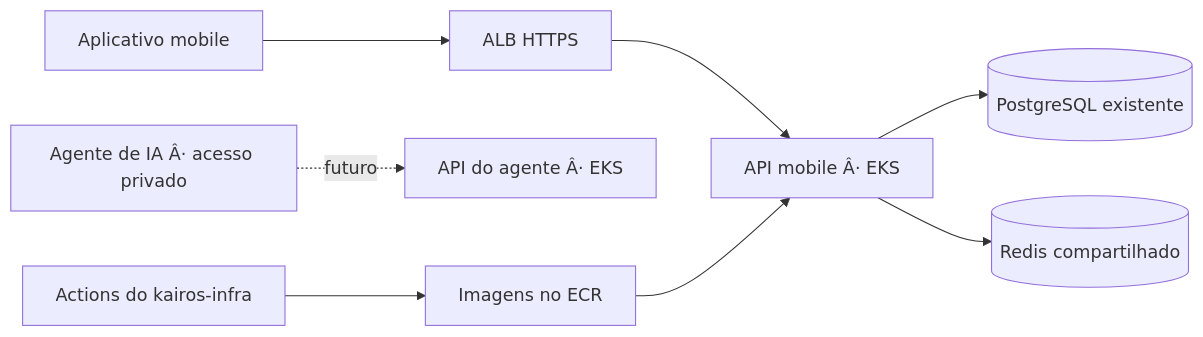
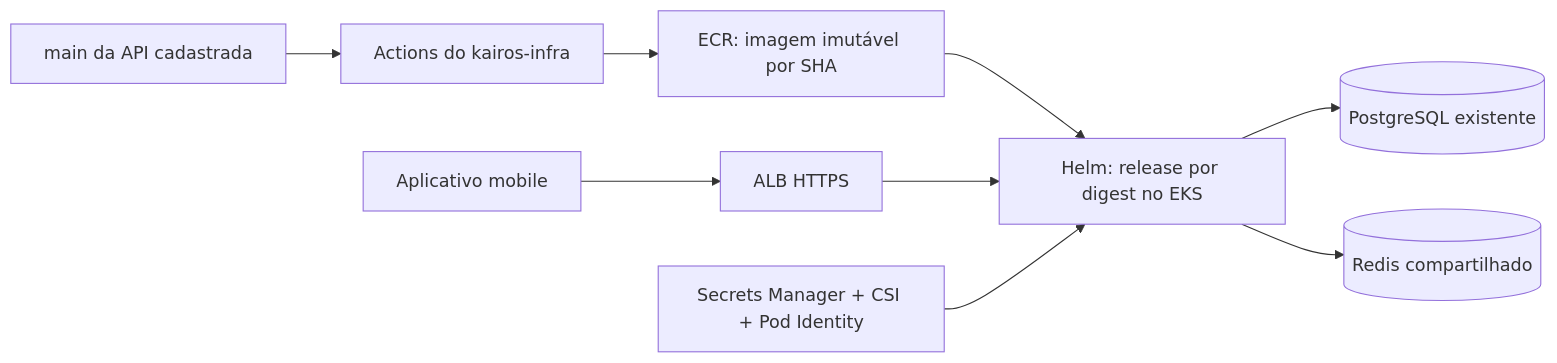
Before and after one commit to KairosApplication/kairos-infra: the diagram in README.md, drawn with Mermaid. The commit also changed other lines of this file, not shown here.

````diff
--- a/README.md
+++ b/README.md
@@ -10,10 +20,11 @@
 ```mermaid
 flowchart LR
+  Source[main da API cadastrada] --> Build[Actions do kairos-infra]
+  Build --> ECR[ECR: imagem imutável por SHA]
+  ECR --> EKS[Helm: release por digest no EKS]
   Mobile[Aplicativo mobile] --> ALB[ALB HTTPS]
-  ALB --> API[API mobile Â· EKS]
-  Agent[Agente de IA Â· acesso privado] -. futuro .-> AgentAPI[API do agente Â· EKS]
-  API --> DB[(PostgreSQL existente)]
-  API --> Redis[(Redis compartilhado)]
-  GitHub[Actions do kairos-infra] --> ECR[Imagens no ECR]
-  ECR --> API
+  ALB --> EKS
+  EKS --> DB[(PostgreSQL existente)]
+  EKS --> Redis[(Redis compartilhado)]
+  Secrets[Secrets Manager + CSI + Pod Identity] --> EKS
 ```
````
